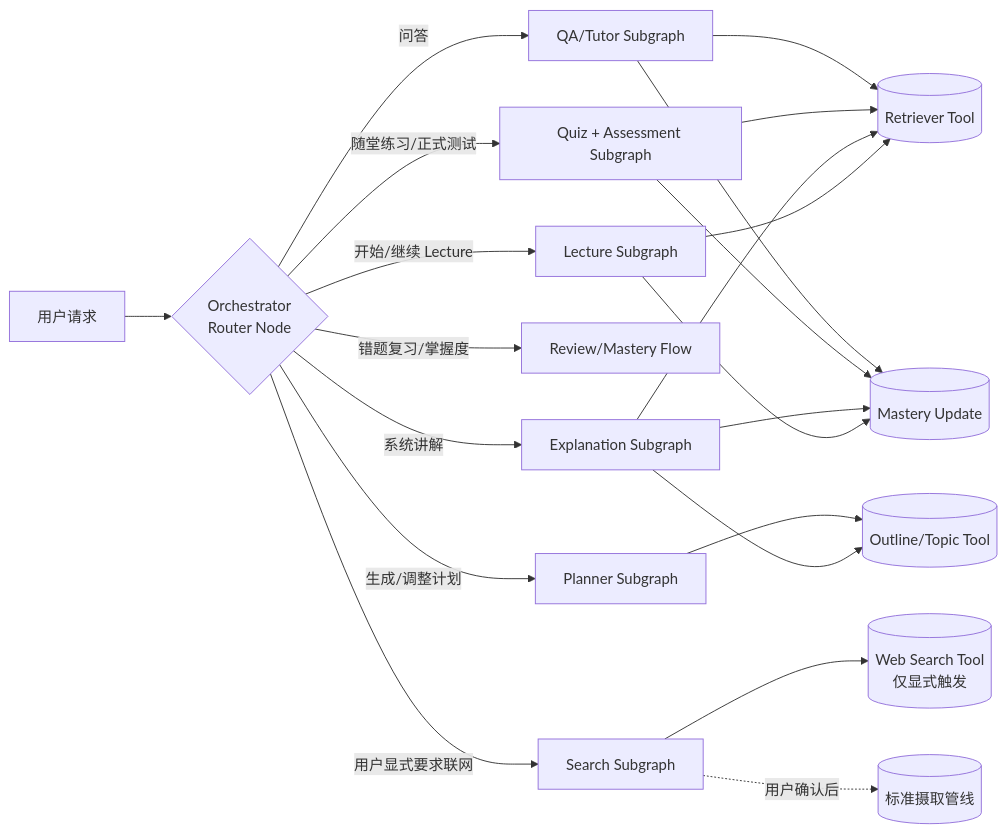
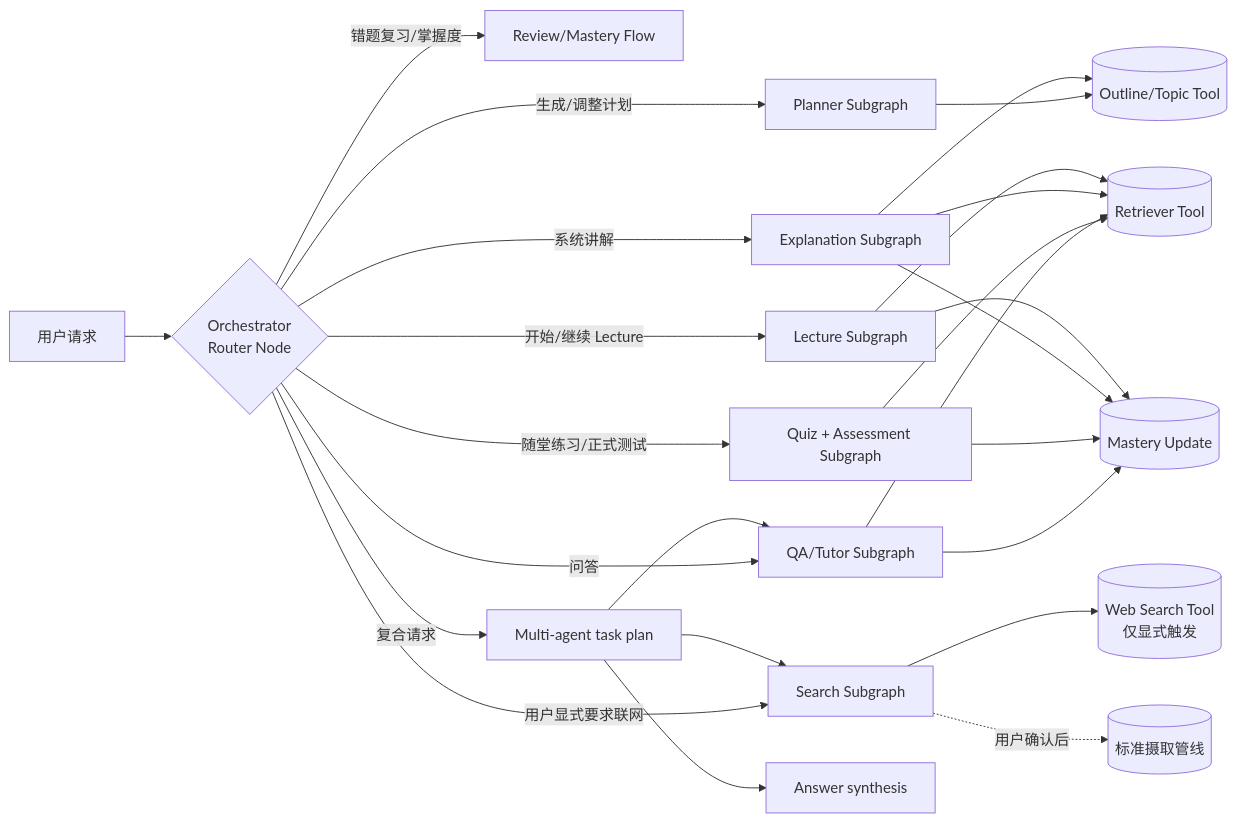
One commit to Shengyuan-Liu/teacher-agent changed the diagram in docs/06-agent-design.md. Above: the diagram before and after it, drawn with Mermaid. The commit also changed other lines of this file and 22 other files, not shown here.

````diff
--- a/docs/06-agent-design.md
+++ b/docs/06-agent-design.md
@@ -12,26 +12,30 @@
 ```mermaid
 flowchart LR
     User[用户请求] --> Router{Orchestrator\nRouter Node}
     Router -->|问答| QAGraph[QA/Tutor Subgraph]
     Router -->|生成/调整计划| PlanGraph[Planner Subgraph]
     Router -->|随堂练习/正式测试| QuizGraph[Quiz + Assessment Subgraph]
     Router -->|错题复习/掌握度| MasteryFlow[Review/Mastery Flow]
     Router -->|系统讲解| ExplainGraph[Explanation Subgraph]
     Router -->|开始/继续 Lecture| LectureGraph[Lecture Subgraph]
     Router -->|用户显式要求联网| SearchGraph[Search Subgraph]
+    Router -->|复合请求| Multi[Multi-agent task plan]
+    Multi --> QAGraph
+    Multi --> SearchGraph
+    Multi --> Synthesis[Answer synthesis]
 
     SearchGraph --> WebTool[(Web Search Tool\n仅显式触发)]
     SearchGraph -.->|用户确认后| Ingest[(标准摄取管线)]
 
     QAGraph --> Tools1[(Retriever Tool)]
     QuizGraph --> Tools1
     ExplainGraph --> Tools1
     LectureGraph --> Tools1
     PlanGraph --> Tools2[(Outline/Topic Tool)]
     ExplainGraph --> Tools2
 
     QAGraph --> Mastery[(Mastery Update)]
     QuizGraph --> Mastery
     ExplainGraph --> Mastery
     LectureGraph --> Mastery
 ```
````
